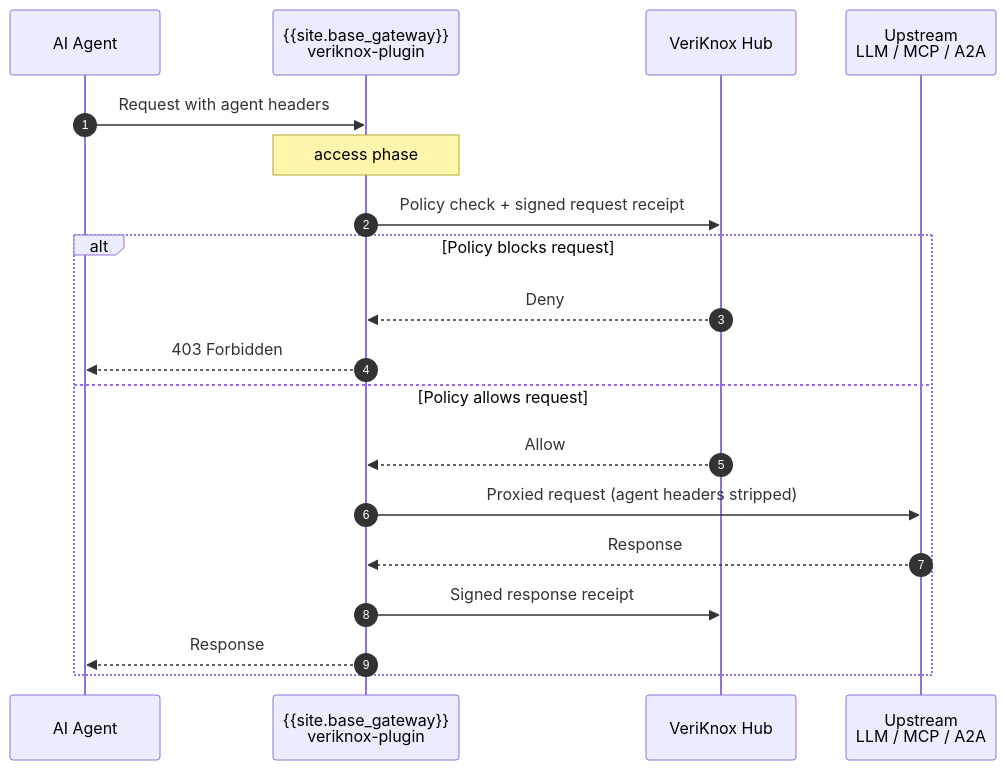
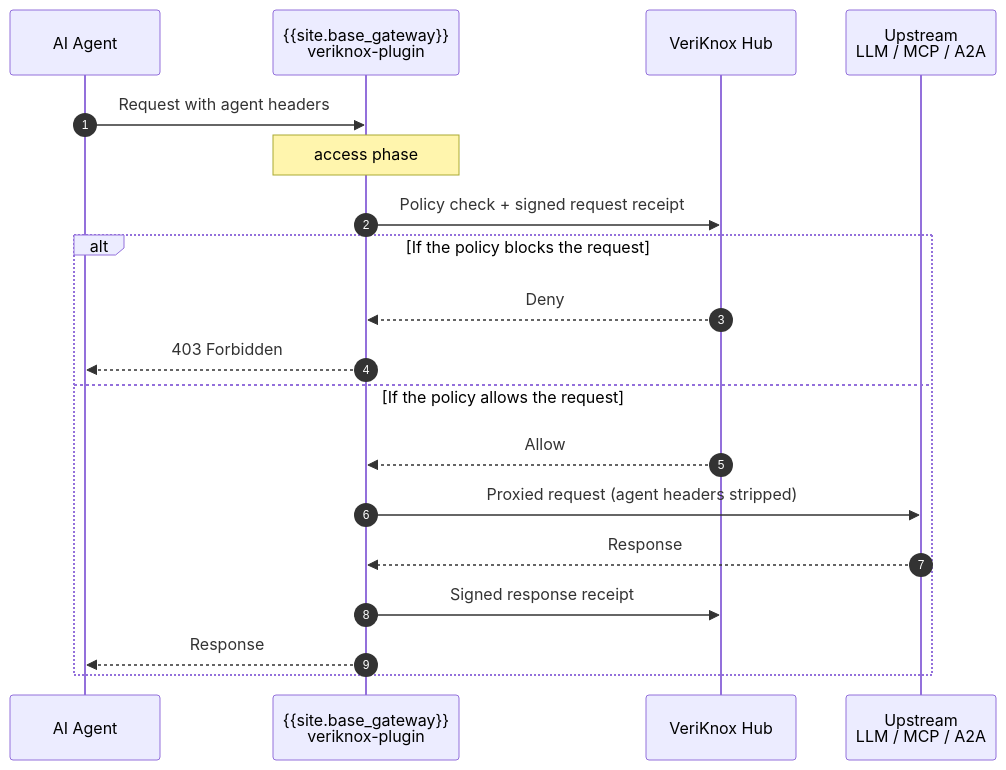
The diagram in app/_kong_plugins/veriknox/index.md (Kong/developer.konghq.com), drawn with Mermaid before and after one commit. The commit also changed other lines of this file and 5 other files, not shown here.

Commit message:
copyedit, adjust skill, add diagrams and more info

```diff
--- a/app/_kong_plugins/veriknox/index.md
+++ b/app/_kong_plugins/veriknox/index.md
@@ -71,22 +71,22 @@
 {% mermaid %}
 sequenceDiagram
     autonumber
     participant A as AI Agent
     participant K as {{site.base_gateway}}<br/>veriknox-plugin
     participant H as VeriKnox Hub
     participant U as Upstream<br/>LLM / MCP / A2A
 
     A->>K: Request with agent headers
     Note over K: access phase
     K->>H: Policy check + signed request receipt
-    alt Policy blocks request
+    alt If the policy blocks the request
         H-->>K: Deny
         K-->>A: 403 Forbidden
-    else Policy allows request
+    else If the policy allows the request
         H-->>K: Allow
         K->>U: Proxied request (agent headers stripped)
         U-->>K: Response
         K->>H: Signed response receipt
         K-->>A: Response
     end
 {% endmermaid %}
```
